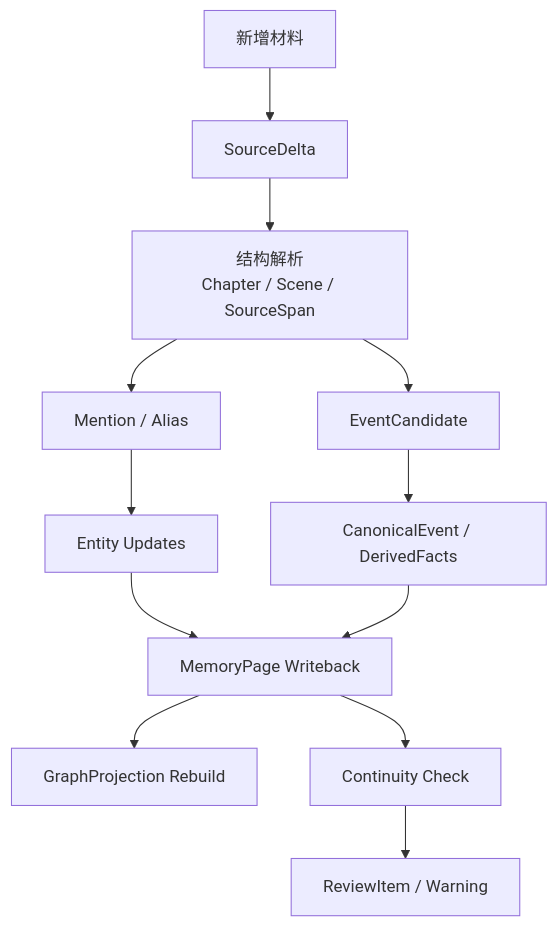
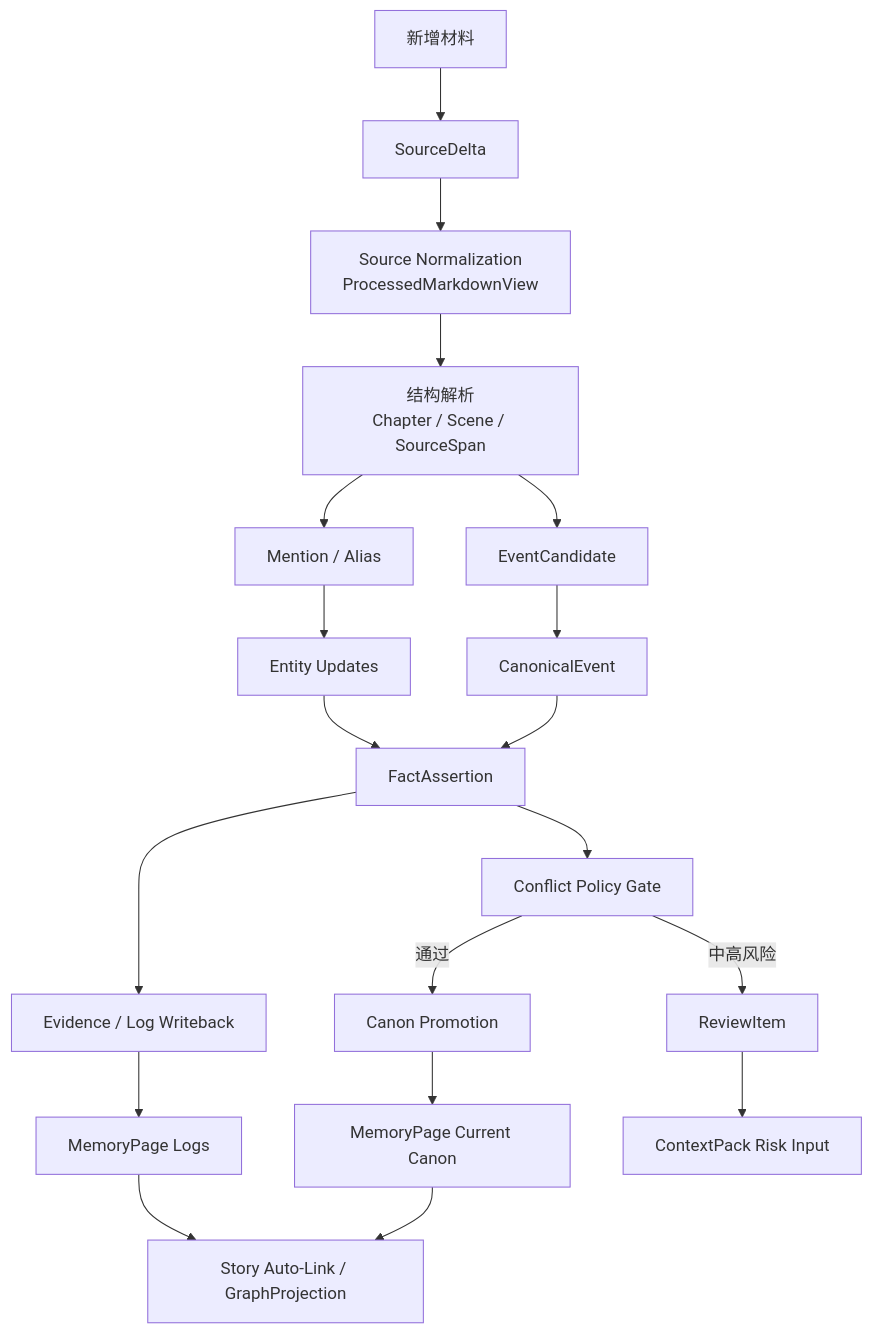
Before and after one commit to FrankQDWang/sextantlabs: the first of 5 diagrams in goals/17-incremental-memory-writeback.md, drawn with Mermaid. The commit also changed other lines of this file, not shown here.

Commit message:
Clarify incremental writeback and canon promotion gate

````diff
--- a/goals/17-incremental-memory-writeback.md
+++ b/goals/17-incremental-memory-writeback.md
@@ -19,14 +21,21 @@
 ```mermaid
 flowchart TD
     A[新增材料] --> B[SourceDelta]
-    B --> C[结构解析\nChapter / Scene / SourceSpan]
-    C --> D[Mention / Alias]
-    C --> E[EventCandidate]
-    D --> F[Entity Updates]
-    E --> G[CanonicalEvent / DerivedFacts]
-    F --> H[MemoryPage Writeback]
-    G --> H
-    H --> I[GraphProjection Rebuild]
-    H --> J[Continuity Check]
-    J --> K[ReviewItem / Warning]
+    B --> C[Source Normalization\nProcessedMarkdownView]
+    C --> D[结构解析\nChapter / Scene / SourceSpan]
+    D --> E[Mention / Alias]
+    D --> F[EventCandidate]
+    E --> G[Entity Updates]
+    F --> H[CanonicalEvent]
+    G --> I[FactAssertion]
+    H --> I
+    I --> J[Evidence / Log Writeback]
+    I --> K[Conflict Policy Gate]
+    K -->|通过| L[Canon Promotion]
+    K -->|中高风险| M[ReviewItem]
+    J --> N[MemoryPage Logs]
+    L --> O[MemoryPage Current Canon]
+    N --> P[Story Auto-Link / GraphProjection]
+    O --> P
+    M --> Q[ContextPack Risk Input]
 ```
````
